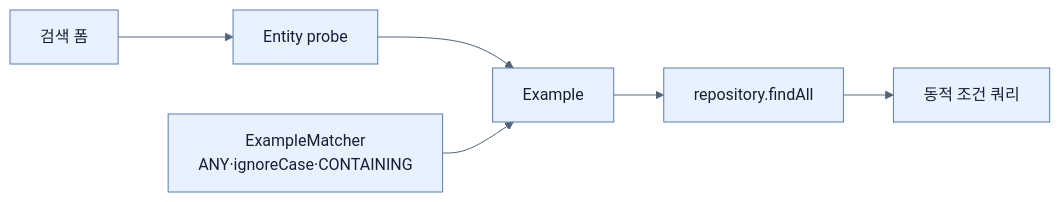
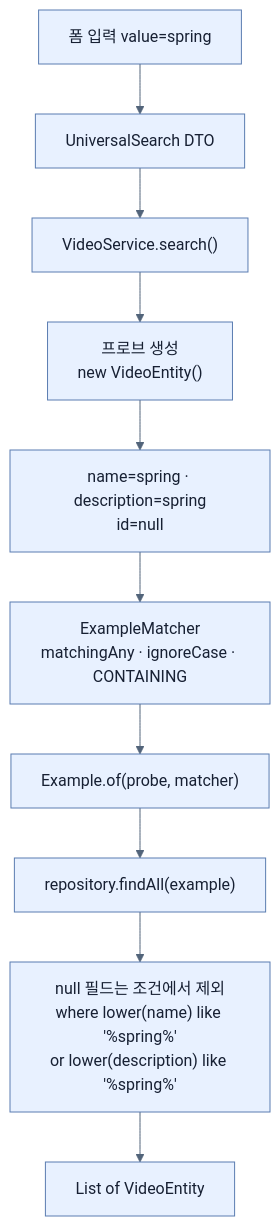
The diagram in spring-boot-4-pdf-notes/part-2-creating-an-application-with-spring-boot/chapter-3-querying-for-data-with-spring-boot/05-query-by-example-for-dynamic-search.md (sing-u8/Learning_Spring_Boot_4), drawn with Mermaid before and after one commit. The commit also changed other lines of this file and 253 other files, not shown here.

````diff
--- a/spring-boot-4-pdf-notes/part-2-creating-an-application-with-spring-boot/chapter-3-querying-for-data-with-spring-boot/05-query-by-example-for-dynamic-search.md
+++ b/spring-boot-4-pdf-notes/part-2-creating-an-application-with-spring-boot/chapter-3-querying-for-data-with-spring-boot/05-query-by-example-for-dynamic-search.md
@@ -31,9 +241,13 @@
 ```mermaid
 %%{init: {'theme': 'base', 'themeVariables': {'background': '#ffffff', 'primaryColor': '#e8f1ff', 'primaryTextColor': '#172033', 'primaryBorderColor': '#5b7db1', 'lineColor': '#52647a', 'secondaryColor': '#f7fbff', 'tertiaryColor': '#fff7df'}}}%%
-flowchart LR
-    F[검색 폼] --> P[Entity probe]
-    P --> E[Example]
-    M[ExampleMatcher<br/>ANY·ignoreCase·CONTAINING] --> E
-    E --> R[repository.findAll]
-    R --> Q[동적 조건 쿼리]
+flowchart TD
+    F["폼 입력 value=spring"] --> D["UniversalSearch DTO"]
+    D --> S["VideoService.search()"]
+    S --> P["프로브 생성<br/>new VideoEntity()"]
+    P --> P2["name=spring · description=spring<br/>id=null"]
+    P2 --> M["ExampleMatcher<br/>matchingAny · ignoreCase · CONTAINING"]
+    M --> E["Example.of(probe, matcher)"]
+    E --> R["repository.findAll(example)"]
+    R --> Q["null 필드는 조건에서 제외<br/>where lower(name) like '%spring%'<br/>or lower(description) like '%spring%'"]
+    Q --> L["List of VideoEntity"]
 ```
````
